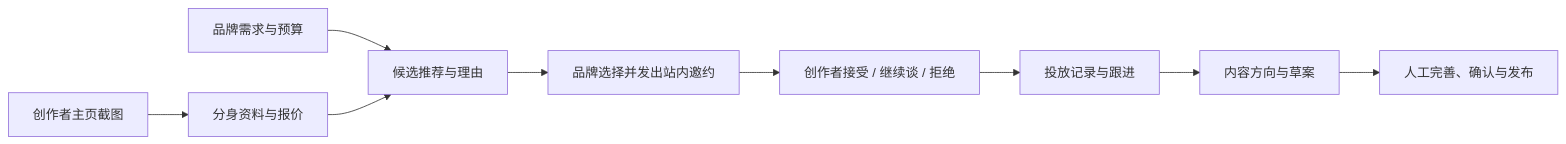
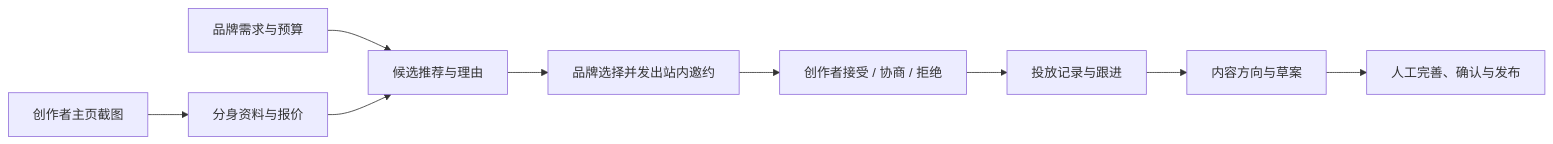
The diagram in public/docs/rentkoa-capabilities.md (wenhanweime/portfolio), drawn with Mermaid before and after one commit. The commit also changed other lines of this file and 6 other files, not shown here.

````diff
--- a/public/docs/rentkoa-capabilities.md
+++ b/public/docs/rentkoa-capabilities.md
@@ -26,11 +26,11 @@
 ```mermaid
 flowchart LR
   A[创作者主页截图] --> B[分身资料与报价]
   C[品牌需求与预算] --> D[候选推荐与理由]
   B --> D
   D --> E[品牌选择并发出站内邀约]
-  E --> F[创作者接受 / 继续谈 / 拒绝]
+  E --> F[创作者接受 / 协商 / 拒绝]
   F --> G[投放记录与跟进]
   G --> H[内容方向与草案]
   H --> I[人工完善、确认与发布]
 ```
````
